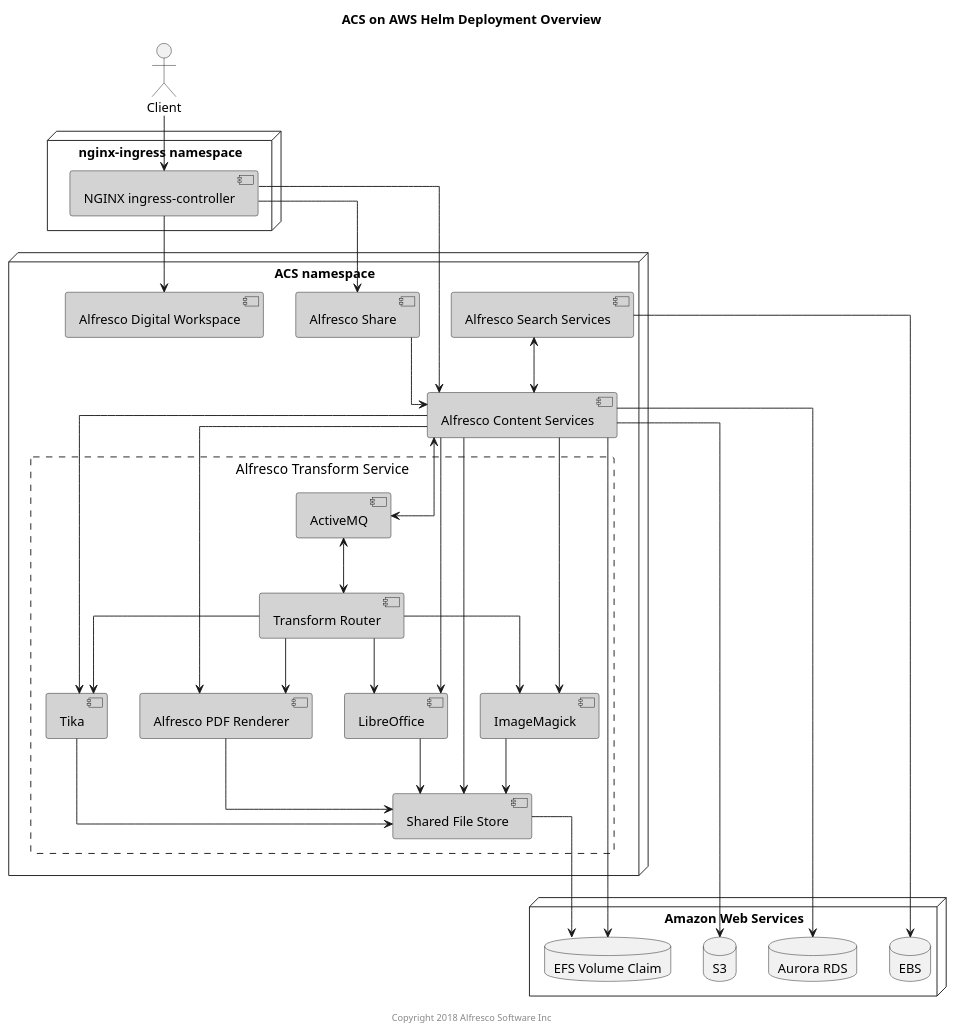
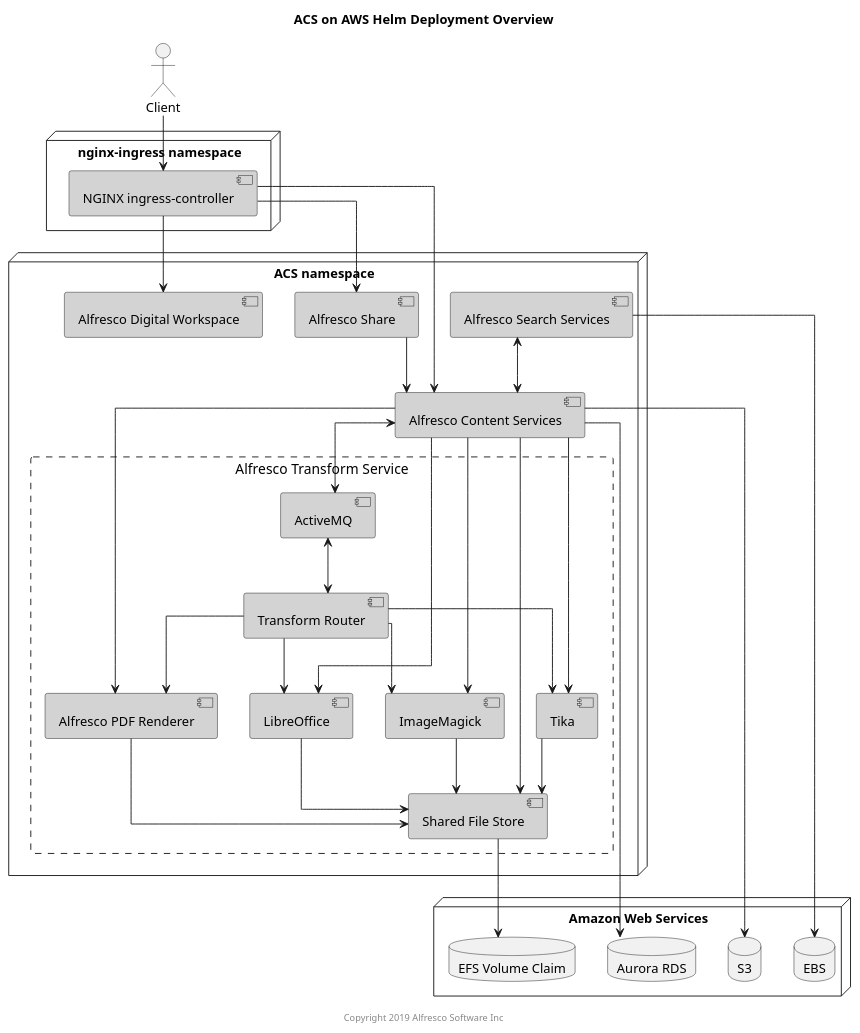
One commit to Alfresco/acs-deployment changed the diagram in docs/diagrams/helm-chart/helm-components-aws.puml. Above: the diagram before and after it, drawn with PlantUML. The commit also changed 1 other file, not shown here.

Commit message:
Update AWS diagrams and removed the volume claim for the repository

```diff
--- a/docs/diagrams/helm-chart/helm-components-aws.puml
+++ b/docs/diagrams/helm-chart/helm-components-aws.puml
@@ -1,74 +1,73 @@
 @startuml
 
 Title: ACS on AWS Helm Deployment Overview
 
 skinparam componentStyle uml2
 skinparam linetype ortho
 skinparam rectangle {
     BorderStyle dashed
     FontSize 15
     FontStyle none
 }
 
 actor Client
 
 node "nginx-ingress namespace" {
     component "NGINX ingress-controller" as nginx #lightgrey
 }
 
 node "ACS namespace" {
     component "Alfresco Digital Workspace" as adw #lightgrey
     component "Alfresco Content Services" as acs #lightgrey
     component "Alfresco Search Services" as ass #lightgrey
     component "Alfresco Share" as share #lightgrey
     rectangle "Alfresco Transform Service" {
         component "Transform Router" as tr #lightgrey
         component "Shared File Store" as sfs #lightgrey
         component "ActiveMQ" as amq #lightgrey
         component "Alfresco PDF Renderer" as pdfr #lightgrey
         component "LibreOffice" as libr #lightgrey
         component "ImageMagick" as img #lightgrey
         component "Tika" as tika #lightgrey
     }
 }
 
 node "Amazon Web Services" {
     database "Aurora RDS" as db
     database "S3" as s3
     database "EFS Volume Claim" as vc
     database "EBS" as ebs
 }
 
 Client --> nginx
 
 nginx --> acs
 nginx --> share
 nginx --> adw
 
-acs --> vc
 ass --> ebs
 sfs --> vc
 acs --> s3
 
 ass <--> acs
 acs --> db
 acs --> pdfr
 acs --> libr
 acs --> img
 acs --> tika
 acs --> sfs
 acs <--> amq
 tr --> pdfr
 tr --> libr
 tr --> img
 tr --> tika
 tr <-up-> amq
 pdfr --> sfs
 libr --> sfs
 img --> sfs
 tika --> sfs
 share --> acs
 
-center footer Copyright 2018 Alfresco Software Inc
+center footer Copyright 2019 Alfresco Software Inc
 
 @enduml
```
